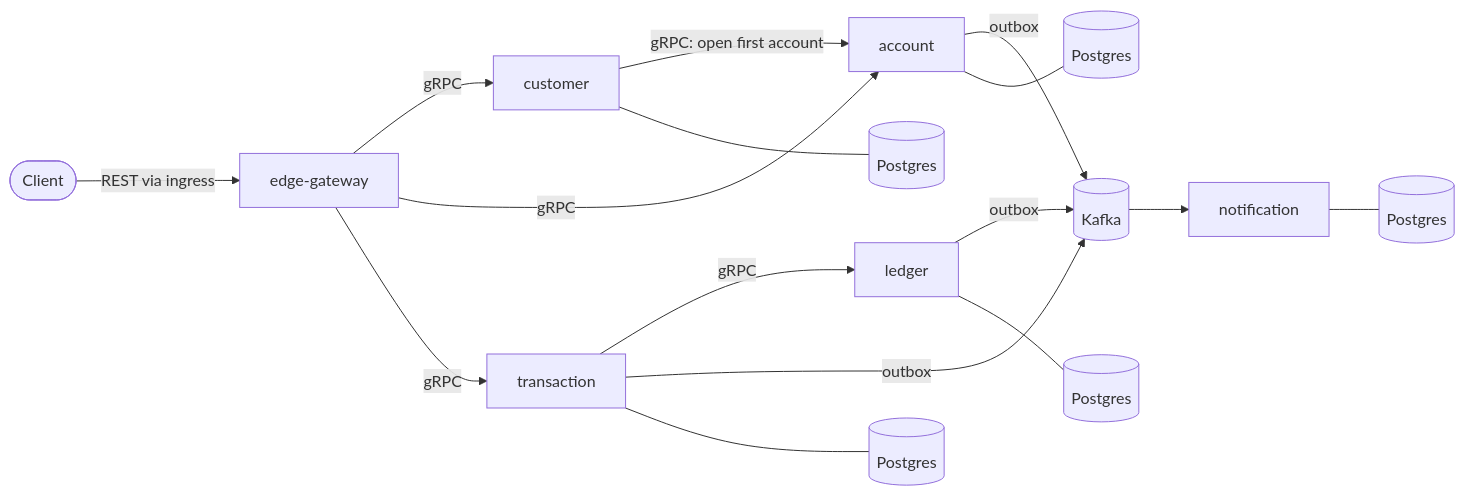
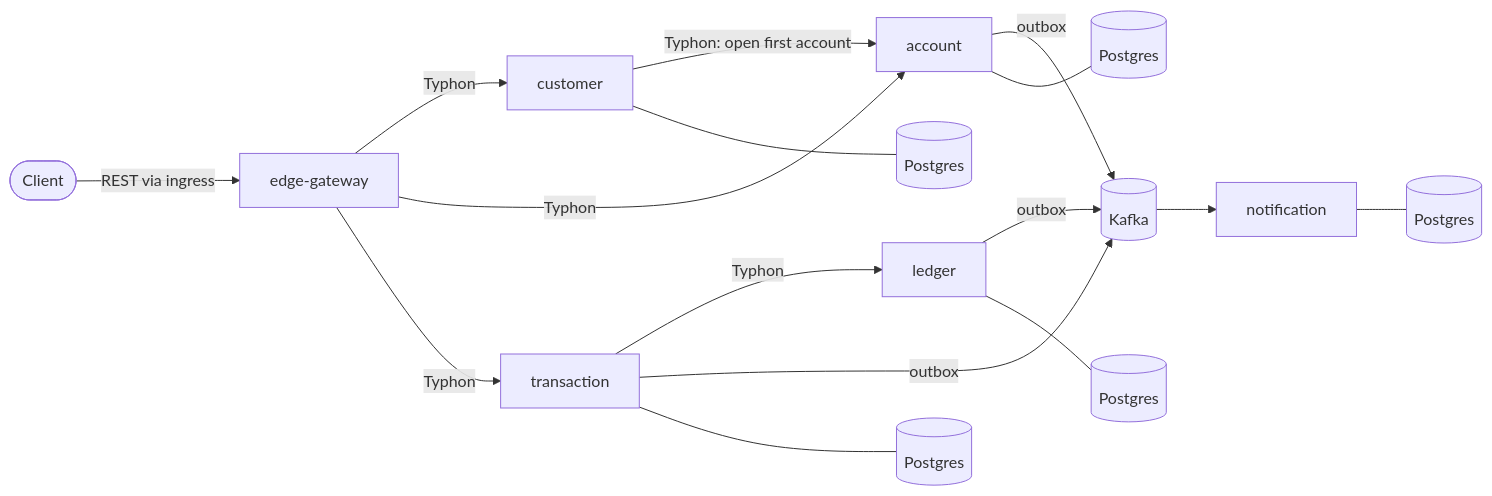
Before and after one commit to tinypell3ts/tiny-bank: the first of 2 diagrams in docs/architecture.md, drawn with Mermaid. The commit also changed other lines of this file and 4 other files, not shown here.

Commit message:
docs(adr): build services on Typhon and terrors instead of gRPC

````diff
--- a/docs/architecture.md
+++ b/docs/architecture.md
@@ -7,16 +7,16 @@
 ```mermaid
 flowchart LR
     client([Client]) -->|REST via ingress| gw[edge-gateway]
-    gw -->|gRPC| customer
-    customer -->|gRPC: open first account| account
-    gw -->|gRPC| account
-    gw -->|gRPC| txn[transaction]
-    txn -->|gRPC| ledger
+    gw -->|Typhon| customer
+    customer -->|Typhon: open first account| account
+    gw -->|Typhon| account
+    gw -->|Typhon| txn[transaction]
+    txn -->|Typhon| ledger
     account & ledger & txn -->|outbox| kafka[(Kafka)]
     kafka --> notif[notification]
     customer --- cdb[(Postgres)]
     account --- adb[(Postgres)]
     ledger --- ldb[(Postgres)]
     txn --- tdb[(Postgres)]
     notif --- ndb[(Postgres)]
 ```
````
